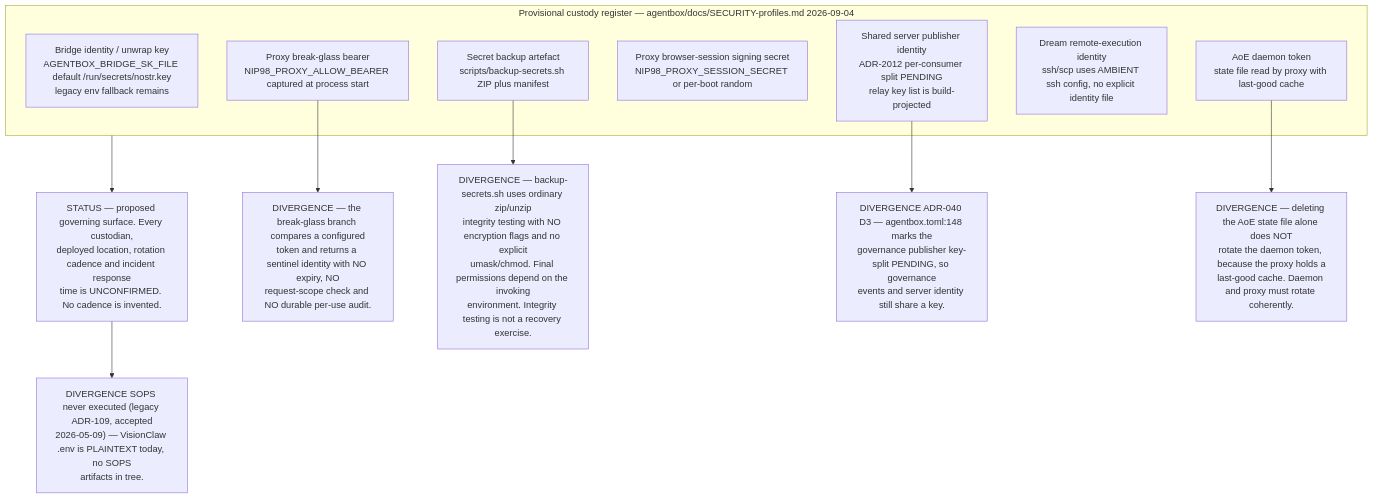
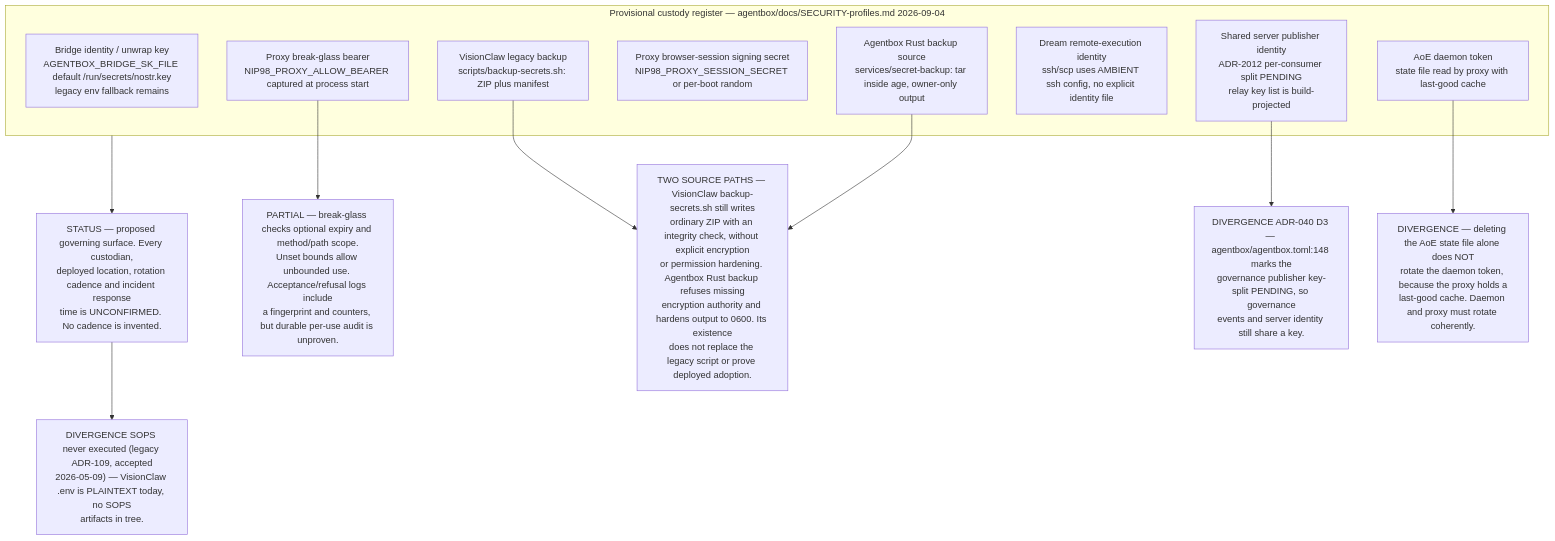
One commit to DreamLab-AI/VisionFlow changed the tenth of 10 diagrams in docs/diagrams/estate/10-deployment-and-security-profiles.md. Above: the diagram before and after it, drawn with Mermaid. The commit also changed other lines of this file and 185 other files, not shown here.

Commit message:
docs(estate): reconcile diagrams and ADRs with source and define closeout sprint

````diff
--- a/docs/diagrams/estate/10-deployment-and-security-profiles.md
+++ b/docs/diagrams/estate/10-deployment-and-security-profiles.md
@@ -372,25 +377,27 @@
 ```mermaid
 flowchart TB
     subgraph reg["Provisional custody register — agentbox/docs/SECURITY-profiles.md 2026-09-04"]
         C1["Bridge identity / unwrap key<br/>AGENTBOX_BRIDGE_SK_FILE default /run/secrets/nostr.key<br/>legacy env fallback remains"]
         C2["Shared server publisher identity<br/>ADR-2012 per-consumer split PENDING<br/>relay key list is build-projected"]
         C3["Proxy break-glass bearer<br/>NIP98_PROXY_ALLOW_BEARER captured at process start"]
         C4["Proxy browser-session signing secret<br/>NIP98_PROXY_SESSION_SECRET or per-boot random"]
         C5["AoE daemon token<br/>state file read by proxy with last-good cache"]
         C6["Dream remote-execution identity<br/>ssh/scp uses AMBIENT ssh config, no explicit identity file"]
-        C7["Secret backup artefact<br/>scripts/backup-secrets.sh ZIP plus manifest"]
+        C7["VisionClaw legacy backup<br/>scripts/backup-secrets.sh: ZIP plus manifest"]
+        C8["Agentbox Rust backup source<br/>services/secret-backup: tar inside age, owner-only output"]
     end
     ST["STATUS — proposed governing surface. Every custodian,<br/>deployed location, rotation cadence and incident response<br/>time is UNCONFIRMED. No cadence is invented."]
-    D1["DIVERGENCE — the break-glass branch compares a configured<br/>token and returns a sentinel identity with NO expiry, NO<br/>request-scope check and NO durable per-use audit."]
-    D2["DIVERGENCE — backup-secrets.sh uses ordinary zip/unzip<br/>integrity testing with NO encryption flags and no explicit<br/>umask/chmod. Final permissions depend on the invoking<br/>environment. Integrity testing is not a recovery exercise."]
-    D3["DIVERGENCE ADR-040 D3 — agentbox.toml:148 marks the<br/>governance publisher key-split PENDING, so governance<br/>events and server identity still share a key."]
+    D1["PARTIAL — break-glass checks optional expiry and method/path scope.<br/>Unset bounds allow unbounded use. Acceptance/refusal logs include<br/>a fingerprint and counters, but durable per-use audit is unproven."]
+    D2["TWO SOURCE PATHS — VisionClaw backup-secrets.sh still writes<br/>ordinary ZIP with an integrity check, without explicit encryption<br/>or permission hardening. Agentbox Rust backup refuses missing<br/>encryption authority and hardens output to 0600. Its existence<br/>does not replace the legacy script or prove deployed adoption."]
+    D3["DIVERGENCE ADR-040 D3 — agentbox/agentbox.toml:148 marks the<br/>governance publisher key-split PENDING, so governance<br/>events and server identity still share a key."]
     D4["DIVERGENCE — deleting the AoE state file alone does NOT<br/>rotate the daemon token, because the proxy holds a<br/>last-good cache. Daemon and proxy must rotate coherently."]
     D5["DIVERGENCE SOPS never executed (legacy ADR-109, accepted<br/>2026-05-09) — VisionClaw .env is PLAINTEXT today, no SOPS<br/>artifacts in tree."]
 
     reg --> ST
     C3 --> D1
     C7 --> D2
+    C8 --> D2
     C2 --> D3
     C5 --> D4
     ST --> D5
 ```
````
